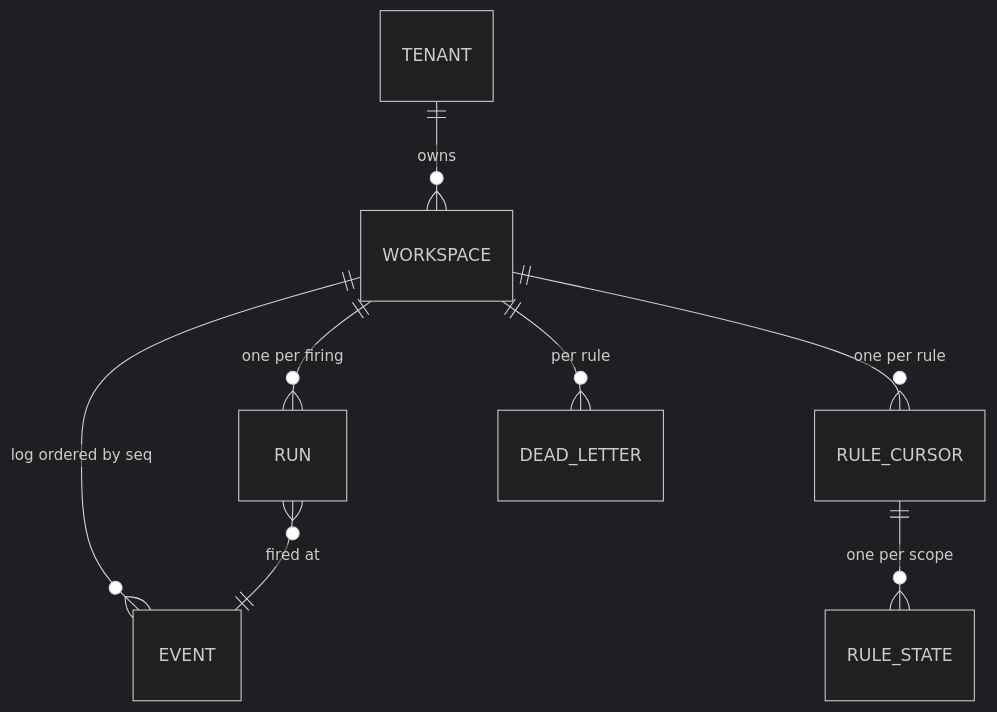
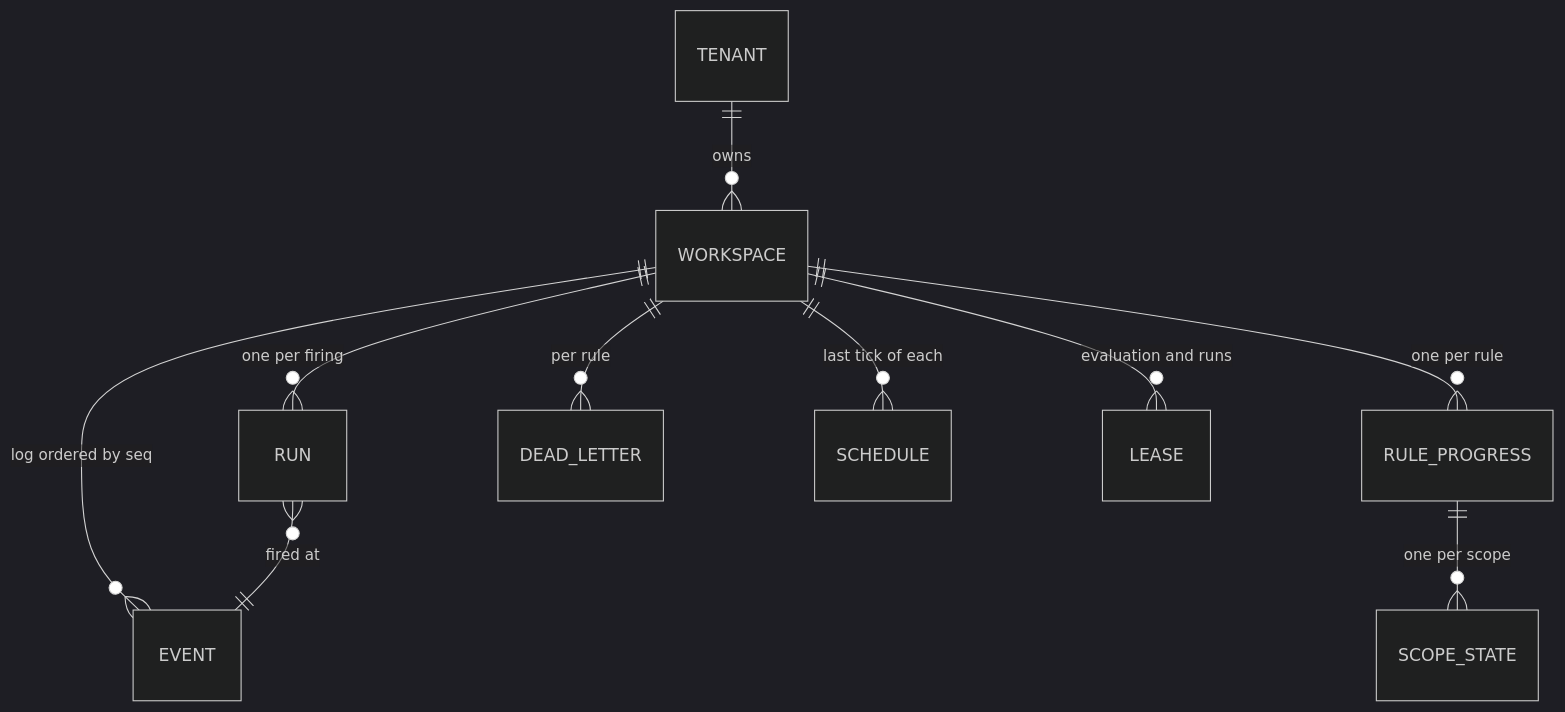
The fourth of 4 diagrams in packages/reflexr/docs/architecture.md (alexnodeland/lattice), drawn with Mermaid (dark theme) before and after one commit. The commit also changed other lines of this file and 26 other files, not shown here.

````diff
--- a/packages/reflexr/docs/architecture.md
+++ b/packages/reflexr/docs/architecture.md
@@ -412,10 +430,12 @@
 ```mermaid
 erDiagram
     TENANT ||--o{ WORKSPACE : owns
     WORKSPACE ||--o{ EVENT : "log ordered by seq"
-    WORKSPACE ||--o{ RULE_CURSOR : "one per rule"
-    RULE_CURSOR ||--o{ RULE_STATE : "one per scope"
+    WORKSPACE ||--o{ RULE_PROGRESS : "one per rule"
+    RULE_PROGRESS ||--o{ SCOPE_STATE : "one per scope"
     WORKSPACE ||--o{ RUN : "one per firing"
     RUN }o--|| EVENT : "fired at"
     WORKSPACE ||--o{ DEAD_LETTER : "per rule"
+    WORKSPACE ||--o{ SCHEDULE : "last tick of each"
+    WORKSPACE ||--o{ LEASE : "evaluation and runs"
 ```
````
